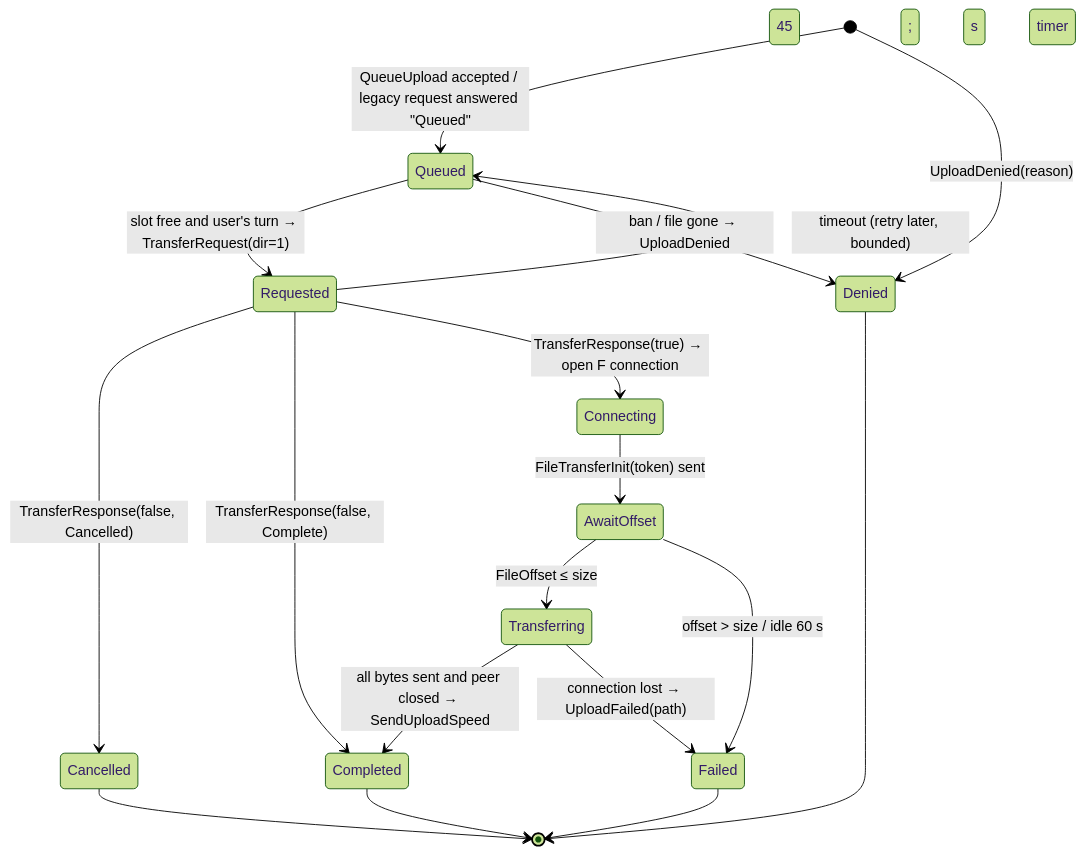
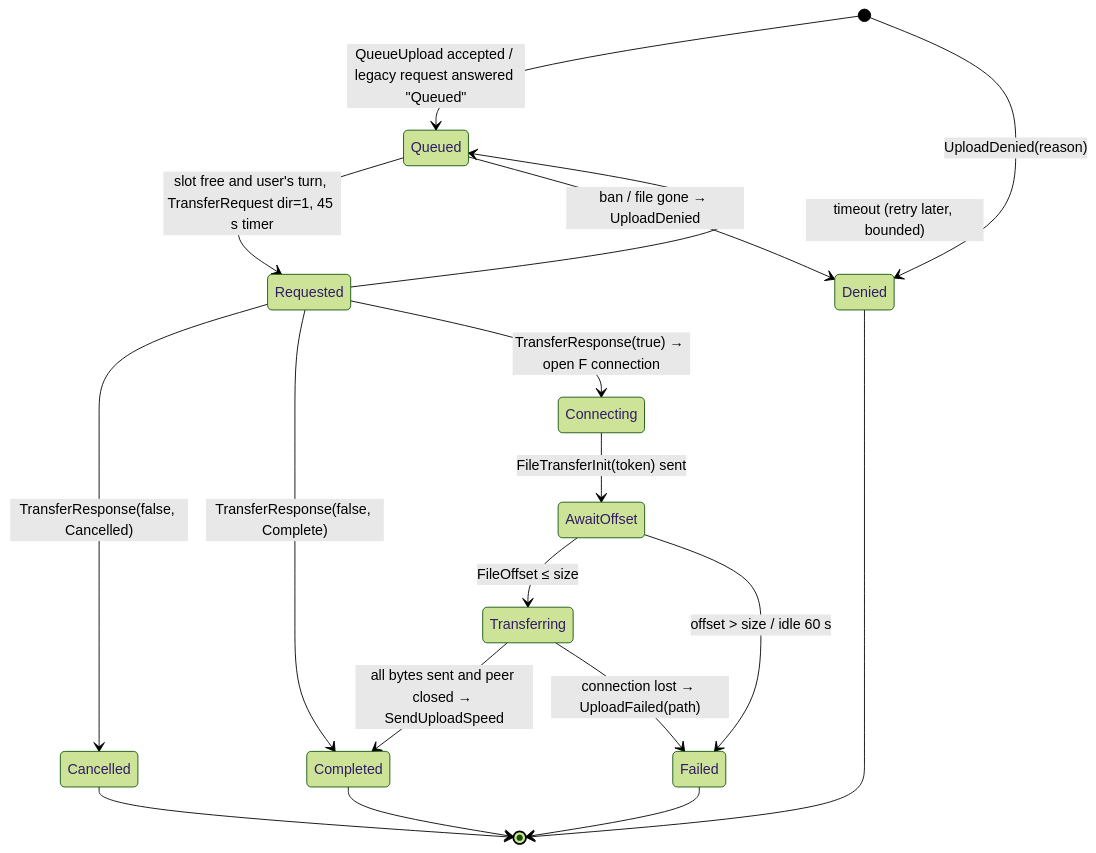
Before and after one commit to usr-ein/selecta: the third of 3 diagrams in references/sharing-and-uploads.md, drawn with Mermaid (forest theme). The commit also changed other lines of this file, not shown here.

Commit message:
references: sharing — fix mermaid labels, clarify encoding, dataless and offline details

````diff
--- a/references/sharing-and-uploads.md
+++ b/references/sharing-and-uploads.md
@@ -592,20 +596,20 @@
 ```mermaid
 stateDiagram-v2
   [*] --> Queued: QueueUpload accepted / legacy request answered "Queued"
   [*] --> Denied: UploadDenied(reason)
-  Queued --> Requested: slot free and user's turn → TransferRequest(dir=1); 45 s timer
+  Queued --> Requested: slot free and user's turn, TransferRequest dir=1, 45 s timer
   Requested --> Cancelled: TransferResponse(false, Cancelled)
   Requested --> Completed: TransferResponse(false, Complete)
   Requested --> Connecting: TransferResponse(true) → open F connection
   Requested --> Queued: timeout (retry later, bounded)
   Connecting --> AwaitOffset: FileTransferInit(token) sent
   AwaitOffset --> Transferring: FileOffset ≤ size
   AwaitOffset --> Failed: offset > size / idle 60 s
   Transferring --> Completed: all bytes sent and peer closed → SendUploadSpeed
   Transferring --> Failed: connection lost → UploadFailed(path)
   Queued --> Denied: ban / file gone → UploadDenied
   Completed --> [*]
   Failed --> [*]
   Cancelled --> [*]
   Denied --> [*]
 ```
````
